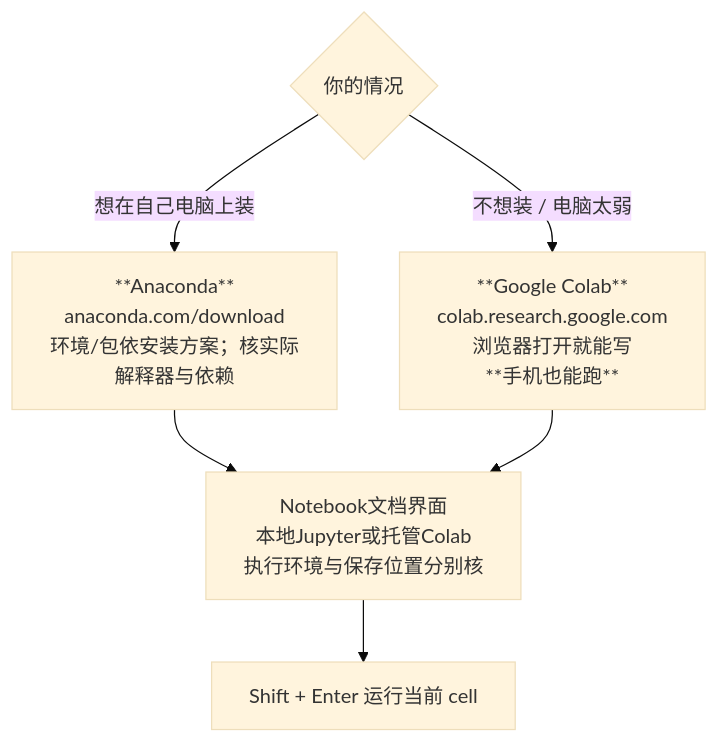
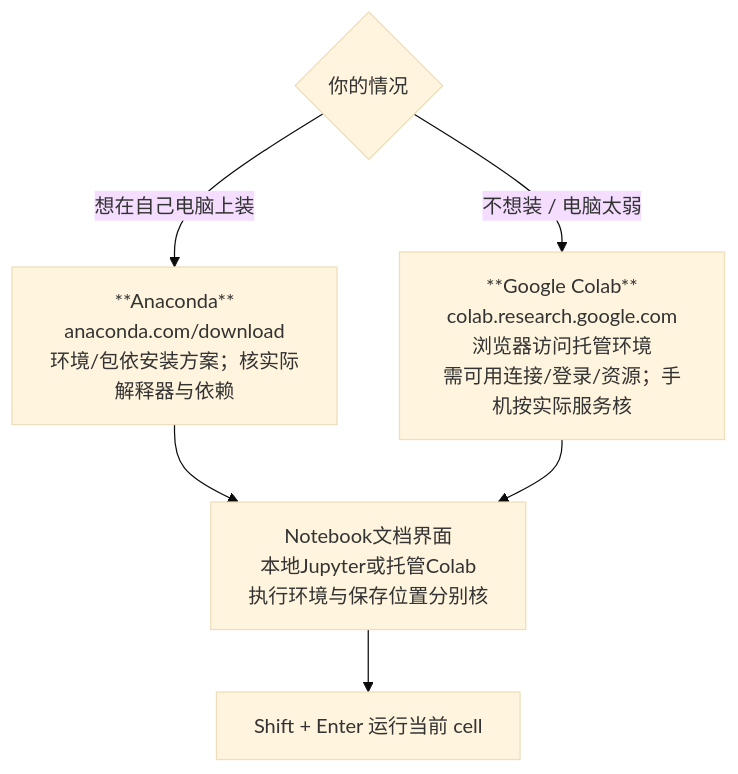
Diagram 16 of 19 in IS6400_Business_Data_Analytics/notes/M01-导论-商业数据分析全景与工具链.md (CercaTrovato/cityu-ai-course-notes), drawn with Mermaid (base theme) before and after one commit. The commit also changed other lines of this file and 104 other files, not shown here.

````diff
--- a/IS6400_Business_Data_Analytics/notes/M01-导论-商业数据分析全景与工具链.md
+++ b/IS6400_Business_Data_Analytics/notes/M01-导论-商业数据分析全景与工具链.md
@@ -1627,8 +1703,8 @@
 ```mermaid
 flowchart TD
     Q{"你的情况"} -->|"想在自己电脑上装"| A["**Anaconda**<br/>anaconda.com/download<br/>环境/包依安装方案；核实际解释器与依赖"]
-    Q -->|"不想装 / 电脑太弱"| C["**Google Colab**<br/>colab.research.google.com<br/>浏览器打开就能写<br/>**手机也能跑**"]
+    Q -->|"不想装 / 电脑太弱"| C["**Google Colab**<br/>colab.research.google.com<br/>浏览器访问托管环境<br/>需可用连接/登录/资源；手机按实际服务核"]
     A --> N["Notebook文档界面<br/>本地Jupyter或托管Colab<br/>执行环境与保存位置分别核"]
     C --> N
     N --> R["Shift + Enter 运行当前 cell"]
 ```
````
